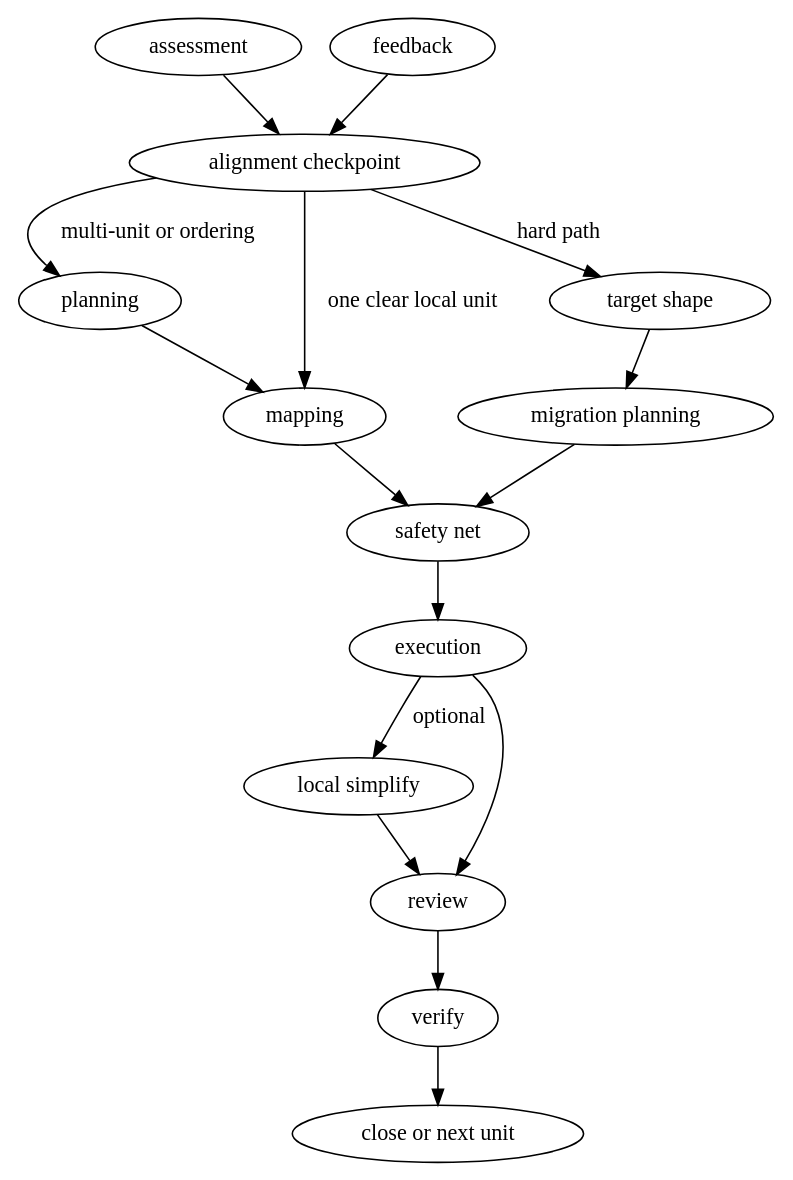
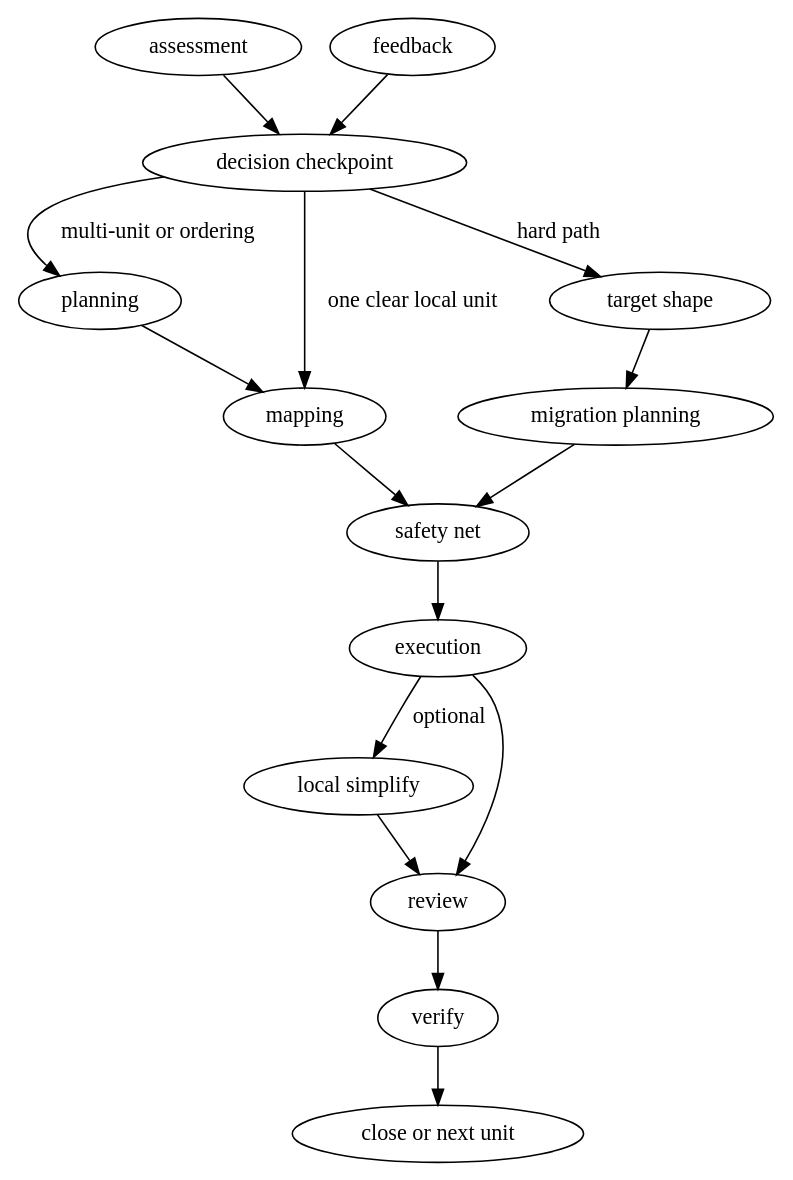
The second of 2 diagrams in skills/cf-start/SKILL.md (gualask/clean-flow), drawn with Graphviz before and after one commit. The commit also changed other lines of this file and 17 other files, not shown here.

````diff
--- a/skills/cf-start/SKILL.md
+++ b/skills/cf-start/SKILL.md
@@ -44,19 +44,19 @@
 ```dot
 digraph cflow_lifecycle {
-  "assessment" -> "alignment checkpoint";
-  "alignment checkpoint" -> "planning" [label="multi-unit or ordering"];
-  "alignment checkpoint" -> "mapping" [label="one clear local unit"];
-  "alignment checkpoint" -> "target shape" [label="hard path"];
+  "assessment" -> "decision checkpoint";
+  "decision checkpoint" -> "planning" [label="multi-unit or ordering"];
+  "decision checkpoint" -> "mapping" [label="one clear local unit"];
+  "decision checkpoint" -> "target shape" [label="hard path"];
   "target shape" -> "migration planning";
   "planning" -> "mapping";
   "migration planning" -> "safety net";
   "mapping" -> "safety net";
   "safety net" -> "execution";
   "execution" -> "local simplify" [label="optional"];
   "execution" -> "review";
   "local simplify" -> "review";
   "review" -> "verify";
   "verify" -> "close or next unit";
-  "feedback" -> "alignment checkpoint";
+  "feedback" -> "decision checkpoint";
 }
 ```
````
